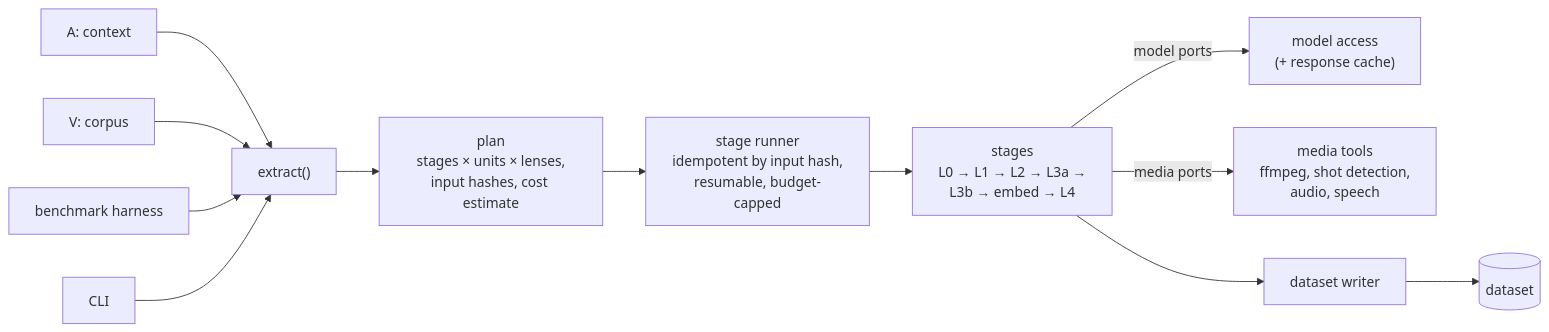
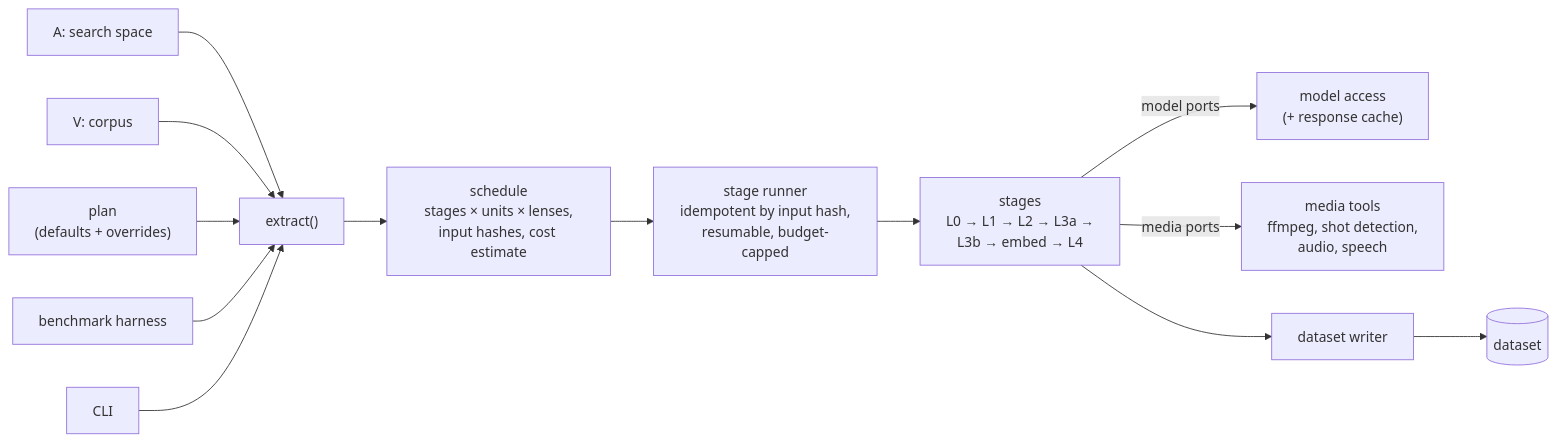
The third of 4 diagrams in docs/ARCHITECTURE.md (edyhtan/framekit), drawn with Mermaid before and after one commit. The commit also changed other lines of this file and 4 other files, not shown here.

Commit message:
A is the given search space; separate plan; benchmarking augmentation strategies

````diff
--- a/docs/ARCHITECTURE.md
+++ b/docs/ARCHITECTURE.md
@@ -137,14 +138,15 @@
 ```mermaid
 flowchart LR
-    A["A: context"] --> X["extract()"]
+    A["A: search space"] --> X["extract()"]
     V["V: corpus"] --> X
-    X --> PL["plan<br/>stages × units × lenses,<br/>input hashes, cost estimate"]
+    P["plan<br/>(defaults + overrides)"] --> X
+    X --> PL["schedule<br/>stages × units × lenses,<br/>input hashes, cost estimate"]
     PL --> RU["stage runner<br/>idempotent by input hash,<br/>resumable, budget-capped"]
     RU --> ST["stages<br/>L0 → L1 → L2 → L3a →<br/>L3b → embed → L4"]
     ST -- "model ports" --> MA["model access<br/>(+ response cache)"]
     ST -- "media ports" --> MED["media tools<br/>ffmpeg, shot detection,<br/>audio, speech"]
     ST --> W["dataset writer"]
     W --> DS[("dataset")]
     BE["benchmark harness"] --> X
     CLI["CLI"] --> X
 ```
````
